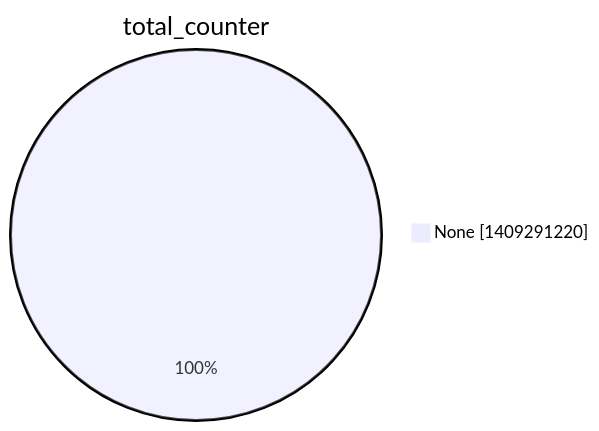
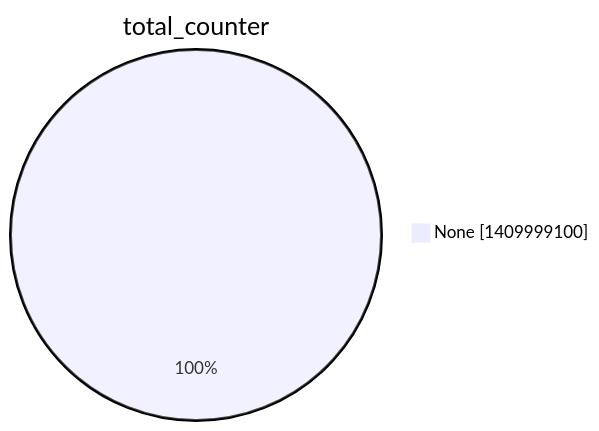
One commit to christiankrug/ctmonitor_visualization changed the second of 15 diagrams in argon2022/README.md. Above: the diagram before and after it, drawn with Mermaid. The commit also changed other lines of this file, not shown here.

````diff
--- a/argon2022/README.md
+++ b/argon2022/README.md
@@ -9,5 +9,5 @@
 ```mermaid
 pie showData
 title total_counter
-"None" :1409291220
+"None" :1409999100
 ```
````
